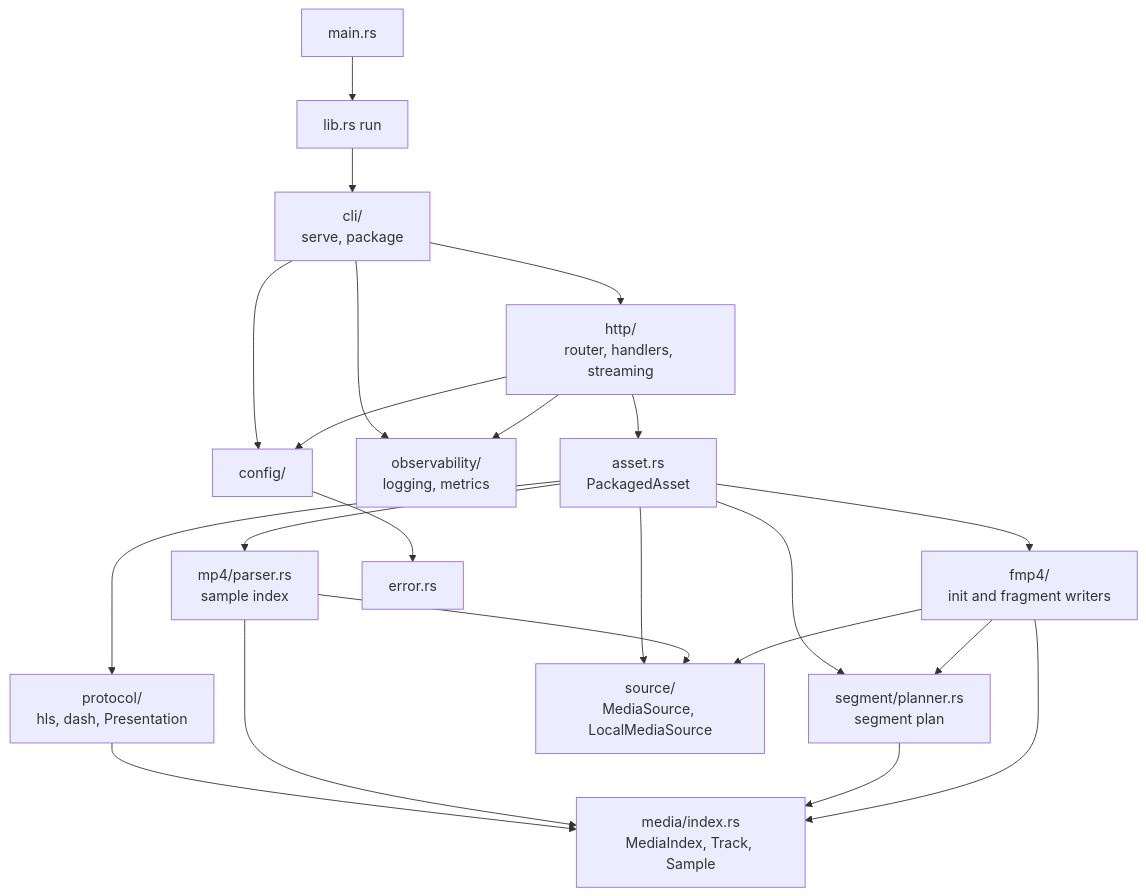
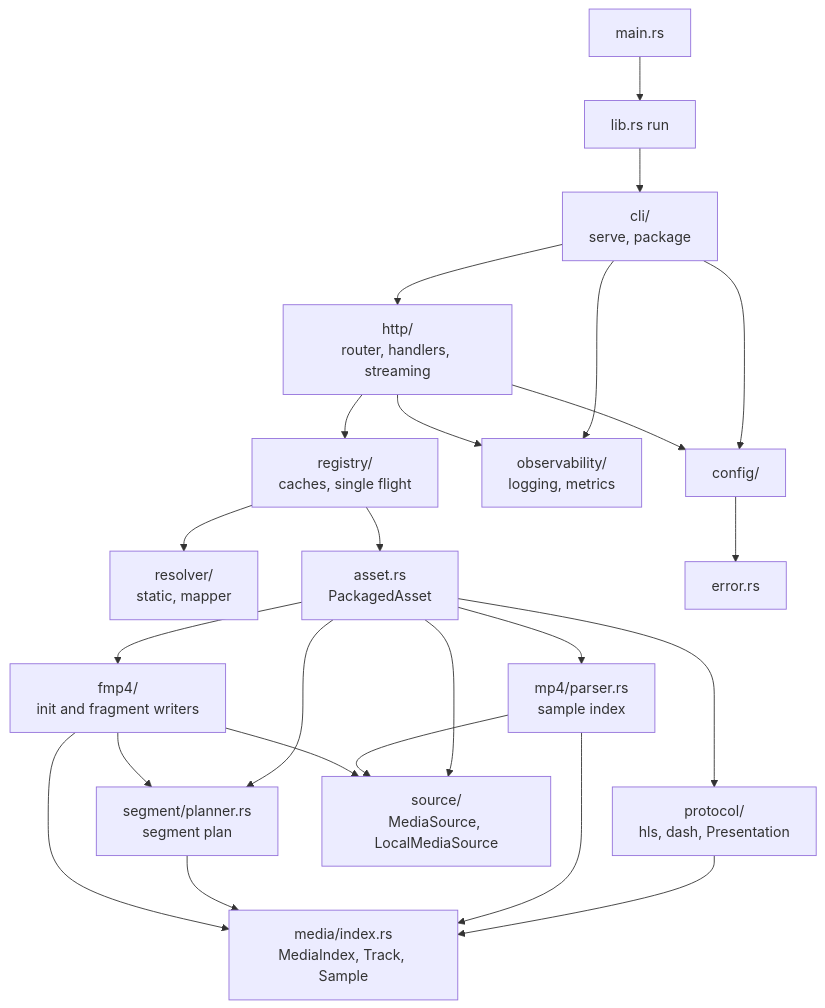
The diagram in docs/internals/README.md (includeamin/segmentor), drawn with Mermaid before and after one commit. The commit also changed other lines of this file and 62 other files, not shown here.

````diff
--- a/docs/internals/README.md
+++ b/docs/internals/README.md
@@ -26,26 +27,28 @@
 ```mermaid
 flowchart TD
     main[main.rs] --> lib[lib.rs run]
     lib --> cli[cli/<br/>serve, package]
     cli --> config[config/]
     cli --> obs
     cli --> http
-    http[http/<br/>router, handlers, streaming] --> asset
+    http[http/<br/>router, handlers, streaming] --> registry[registry/<br/>caches, single flight]
+    registry --> resolver[resolver/<br/>static, mapper]
+    registry --> asset
     http --> obs[observability/<br/>logging, metrics]
     http --> config
     asset[asset.rs<br/>PackagedAsset] --> protocol
     asset --> mp4
     asset --> segment
     asset --> fmp4
     asset --> source
     protocol[protocol/<br/>hls, dash, Presentation] --> media
     mp4[mp4/parser.rs<br/>sample index] --> media
     mp4 --> source
     segment[segment/planner.rs<br/>segment plan] --> media
     fmp4[fmp4/<br/>init and fragment writers] --> media
     fmp4 --> segment
     fmp4 --> source
     source[source/<br/>MediaSource, LocalMediaSource]
     media[media/index.rs<br/>MediaIndex, Track, Sample]
     config --> error[error.rs]
 ```
````
